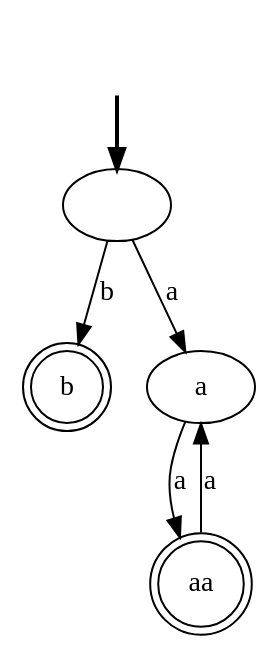
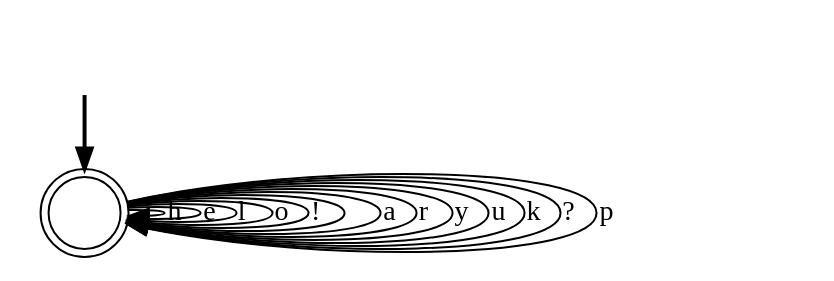
The diagram in dfa.dot (kimzheng7/RPNI), drawn with Graphviz before and after one commit. The commit also changed 4 other files, not shown here.

```diff
--- a/dfa.dot
+++ b/dfa.dot
@@ -1,12 +1,18 @@
 digraph {
 	fake [style=invisible]
-	"" [root=true]
-	aa [shape=doublecircle]
-	b [shape=doublecircle]
-	a
+	"" [root=true shape=doublecircle]
 	fake -> "" [style=bold]
-	"" -> b [label=b]
-	"" -> a [label=a]
-	a -> aa [label=a]
-	aa -> a [label=a]
+	"" -> "" [label=h]
+	"" -> "" [label=e]
+	"" -> "" [label=l]
+	"" -> "" [label=o]
+	"" -> "" [label="!"]
+	"" -> "" [label=" "]
+	"" -> "" [label=a]
+	"" -> "" [label=r]
+	"" -> "" [label=y]
+	"" -> "" [label=u]
+	"" -> "" [label=k]
+	"" -> "" [label="?"]
+	"" -> "" [label=p]
 }
```
